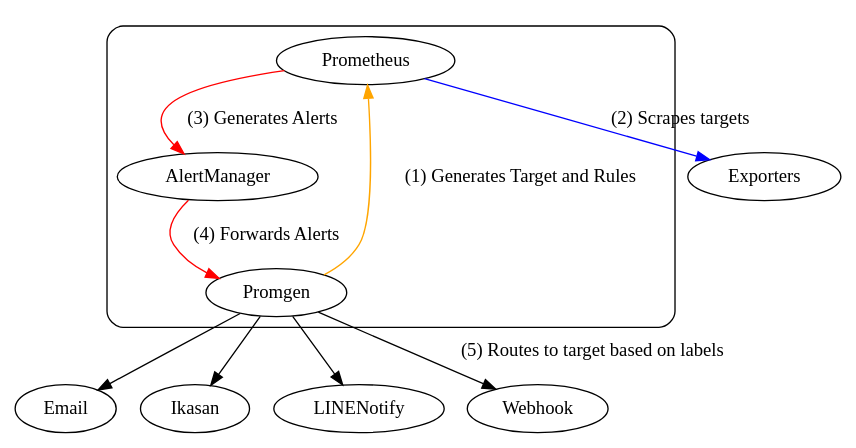
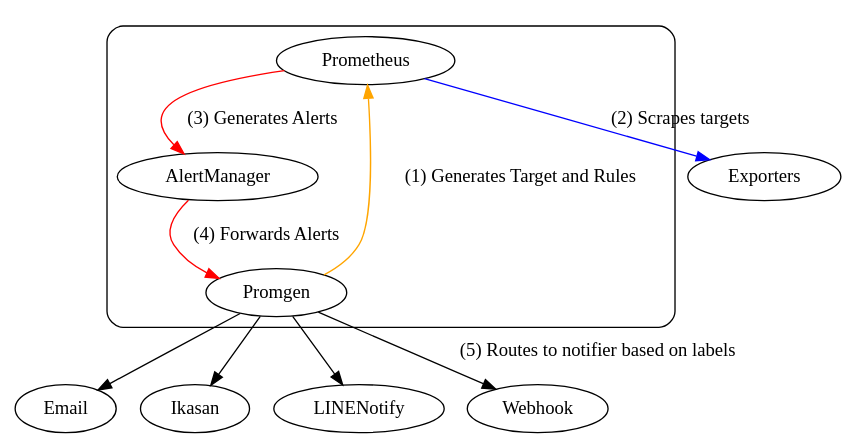
The diagram in docs/index.rst (line/promgen), drawn with Graphviz before and after one commit. The commit also changed 3 other files, not shown here.

```diff
--- a/docs/index.rst
+++ b/docs/index.rst
@@ -27,20 +27,20 @@
 .. graphviz::
 
   digraph G {
     Prometheus -> Exporters [color=blue, label="(2) Scrapes targets"]
 
     subgraph cluster {
       style = rounded;
       Prometheus -> AlertManager [color=red, label="(3) Generates Alerts"]
       AlertManager -> Promgen [color=red, label="(4) Forwards Alerts"]
       Promgen -> Prometheus [color=orange, label="(1) Generates Target and Rules"]
     }
 
     subgraph senders {
       style = rounded;
       Promgen -> Email
       Promgen -> Ikasan;
       Promgen -> LINENotify
-      Promgen -> Webhook [label="(5) Routes to target based on labels"];
+      Promgen -> Webhook [label="(5) Routes to notifier based on labels"];
     }
   }
```
